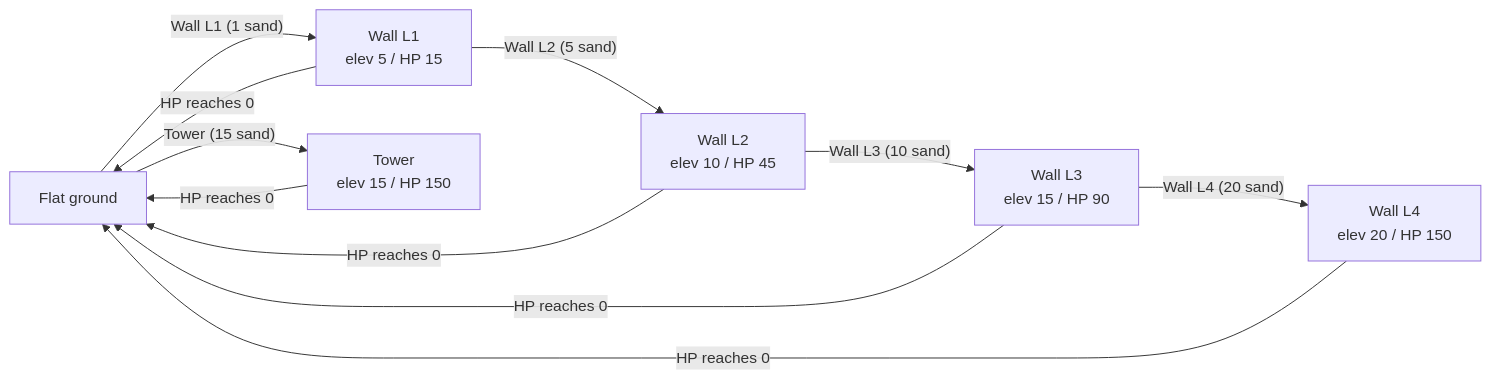
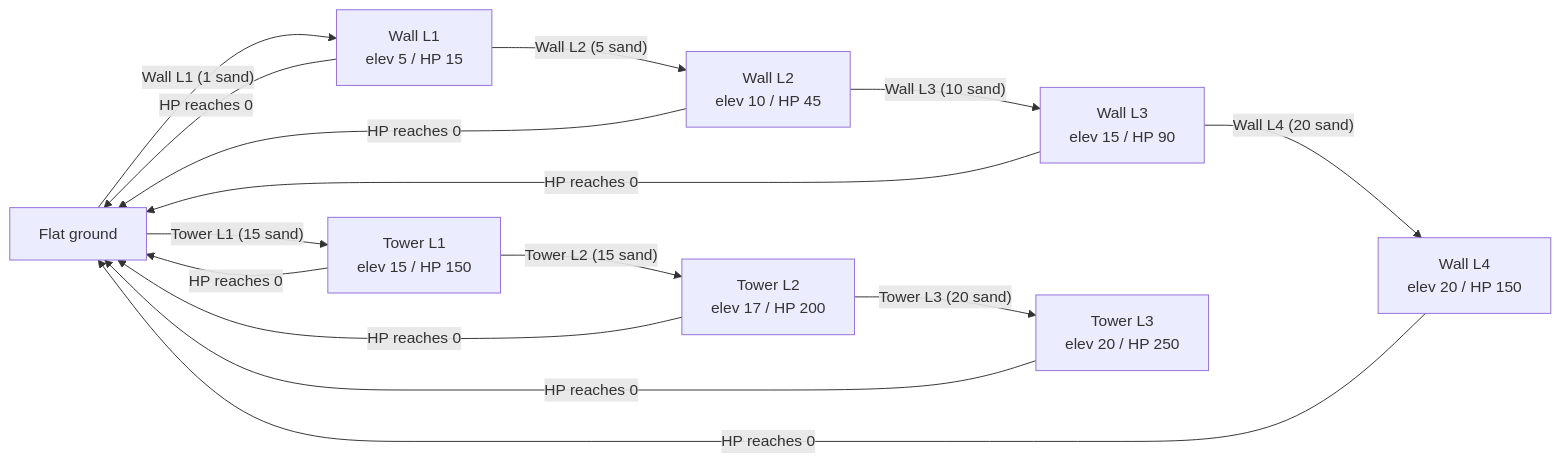
The diagram in docs/gameplay.md (ryanquinn3/castle), drawn with Mermaid before and after one commit. The commit also changed other lines of this file and 25 other files, not shown here.

````diff
--- a/docs/gameplay.md
+++ b/docs/gameplay.md
@@ -65,13 +67,17 @@
 ```mermaid
 flowchart LR
     F[Flat ground] -->|"Wall L1 (1 sand)"| W1["Wall L1<br/>elev 5 / HP 15"]
     W1 -->|"Wall L2 (5 sand)"| W2["Wall L2<br/>elev 10 / HP 45"]
     W2 -->|"Wall L3 (10 sand)"| W3["Wall L3<br/>elev 15 / HP 90"]
     W3 -->|"Wall L4 (20 sand)"| W4["Wall L4<br/>elev 20 / HP 150"]
     W1 -->|"HP reaches 0"| F
     W2 -->|"HP reaches 0"| F
     W3 -->|"HP reaches 0"| F
     W4 -->|"HP reaches 0"| F
-    F -->|"Tower (15 sand)"| T["Tower<br/>elev 15 / HP 150"]
-    T -->|"HP reaches 0"| F
+    F -->|"Tower L1 (15 sand)"| T1["Tower L1<br/>elev 15 / HP 150"]
+    T1 -->|"Tower L2 (15 sand)"| T2["Tower L2<br/>elev 17 / HP 200"]
+    T2 -->|"Tower L3 (20 sand)"| T3["Tower L3<br/>elev 20 / HP 250"]
+    T1 -->|"HP reaches 0"| F
+    T2 -->|"HP reaches 0"| F
+    T3 -->|"HP reaches 0"| F
 ```
````
